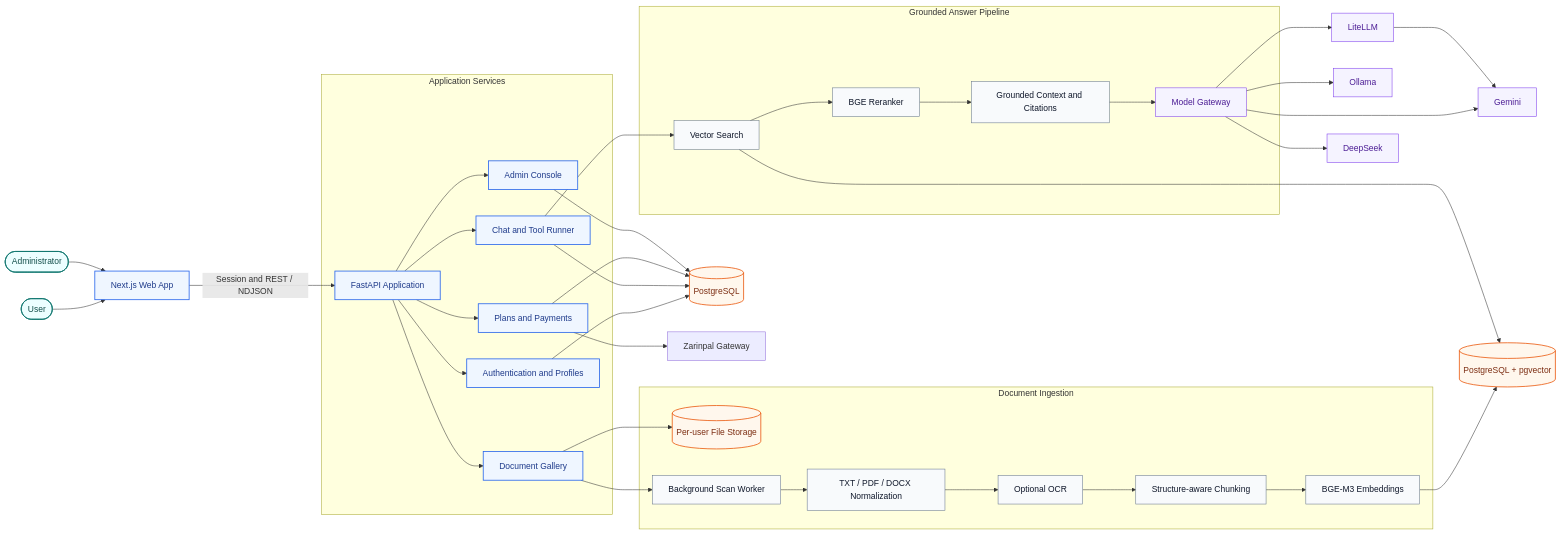
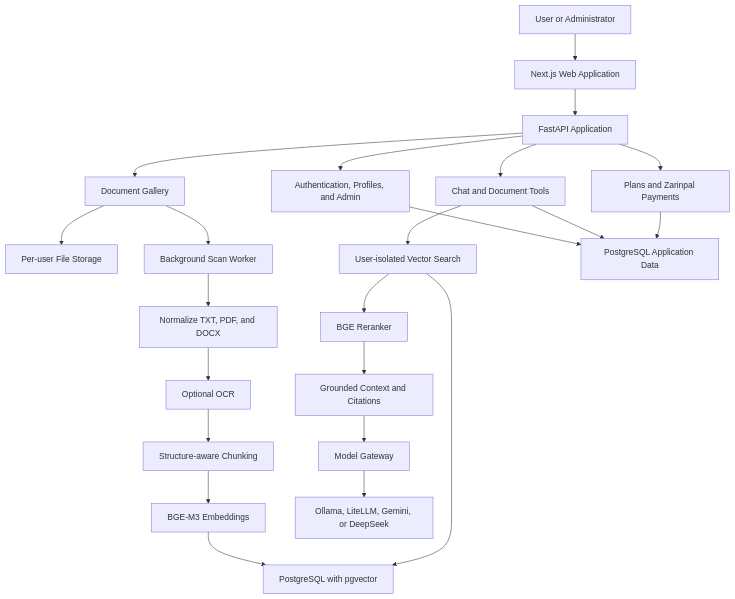
One commit to MrAshki/rag-system changed the diagram in README.md. Above: the diagram before and after it, drawn with Mermaid.

Commit message:
Fix README architecture diagram

````diff
--- a/README.md
+++ b/README.md
@@ -27,58 +27,29 @@
 ```mermaid
-flowchart LR
-    User([User]) --> Web[Next.js Web App]
-    Admin([Administrator]) --> Web
+flowchart TB
+    User["User or Administrator"] --> Web["Next.js Web Application"]
+    Web --> API["FastAPI Application"]
 
-    Web -->|Session and REST / NDJSON| API[FastAPI Application]
+    API --> Accounts["Authentication, Profiles, and Admin"]
+    API --> Chat["Chat and Document Tools"]
+    API --> Gallery["Document Gallery"]
+    API --> Payments["Plans and Zarinpal Payments"]
 
-    subgraph Product[Application Services]
-        API --> Auth[Authentication and Profiles]
-        API --> Chat[Chat and Tool Runner]
-        API --> Gallery[Document Gallery]
-        API --> Billing[Plans and Payments]
-        API --> Console[Admin Console]
-    end
+    Gallery --> Storage["Per-user File Storage"]
+    Gallery --> Worker["Background Scan Worker"]
+    Worker --> Normalize["Normalize TXT, PDF, and DOCX"]
+    Normalize --> OCR["Optional OCR"]
+    OCR --> Chunk["Structure-aware Chunking"]
+    Chunk --> Embed["BGE-M3 Embeddings"]
+    Embed --> VectorDB["PostgreSQL with pgvector"]
 
-    subgraph Ingestion[Document Ingestion]
-        Gallery --> Storage[(Per-user File Storage)]
-        Gallery --> Worker[Background Scan Worker]
-        Worker --> Normalize[TXT / PDF / DOCX Normalization]
-        Normalize --> OCR[Optional OCR]
-        OCR --> Chunk[Structure-aware Chunking]
-        Chunk --> Embed[BGE-M3 Embeddings]
-    end
+    Chat --> Search["User-isolated Vector Search"]
+    Search --> VectorDB
+    Search --> Rerank["BGE Reranker"]
+    Rerank --> Context["Grounded Context and Citations"]
+    Context --> Gateway["Model Gateway"]
+    Gateway --> Models["Ollama, LiteLLM, Gemini, or DeepSeek"]
 
-    subgraph Retrieval[Grounded Answer Pipeline]
-        Chat --> Search[Vector Search]
-        Search --> Rerank[BGE Reranker]
-        Rerank --> Context[Grounded Context and Citations]
-        Context --> Gateway[Model Gateway]
-    end
-
-    Embed --> Vector[(PostgreSQL + pgvector)]
-    Search --> Vector
-    Auth --> Database[(PostgreSQL)]
+    Accounts --> Database["PostgreSQL Application Data"]
     Chat --> Database
-    Billing --> Database
-    Console --> Database
-
-    Gateway --> Ollama[Ollama]
-    Gateway --> LiteLLM[LiteLLM]
-    Gateway --> Gemini[Gemini]
-    Gateway --> DeepSeek[DeepSeek]
-
-    LiteLLM --> Gemini
-    Billing --> Zarinpal[Zarinpal Gateway]
-
-    classDef entry fill:#ecfeff,stroke:#0f766e,color:#134e4a,stroke-width:1.5px;
-    classDef app fill:#eff6ff,stroke:#2563eb,color:#1e3a8a,stroke-width:1.5px;
-    classDef process fill:#f8fafc,stroke:#64748b,color:#0f172a;
-    classDef data fill:#fff7ed,stroke:#ea580c,color:#7c2d12,stroke-width:1.5px;
-    classDef model fill:#f5f3ff,stroke:#7c3aed,color:#4c1d95;
-
-    class User,Admin entry;
-    class Web,API,Auth,Chat,Gallery,Billing,Console app;
-    class Worker,Normalize,OCR,Chunk,Embed,Search,Rerank,Context process;
-    class Storage,Vector,Database data;
-    class Gateway,Ollama,LiteLLM,Gemini,DeepSeek model;
+    Payments --> Database
 ```
````
